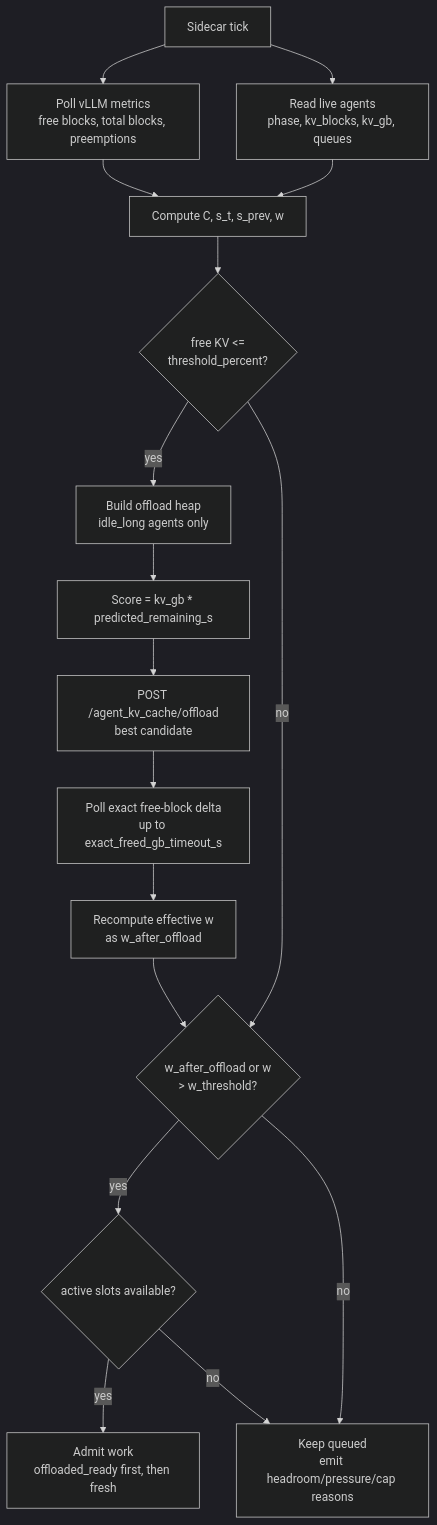
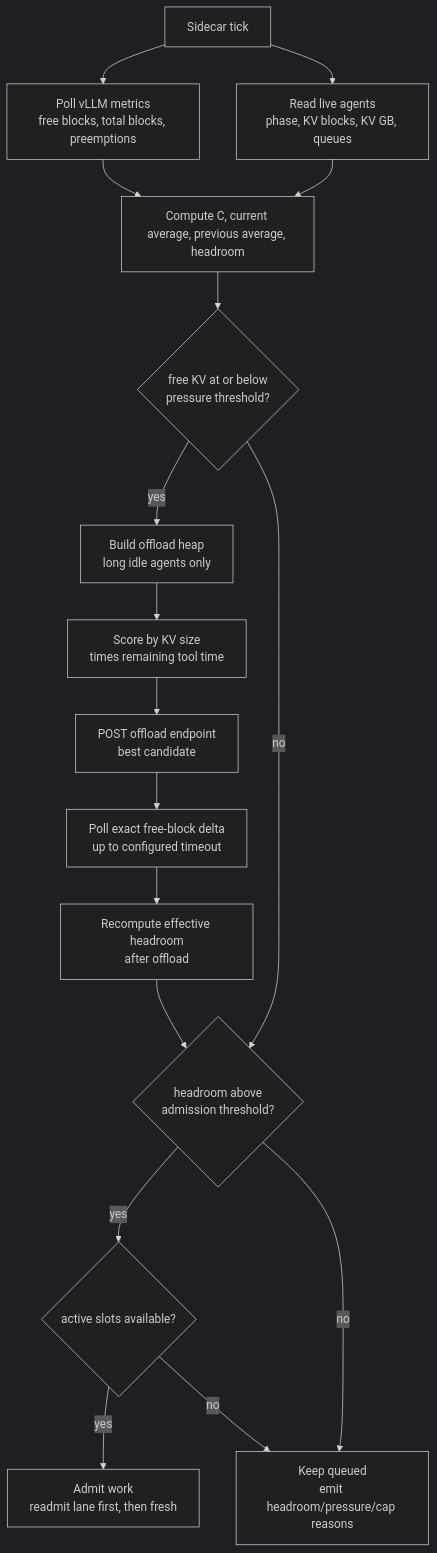
One commit to javenjwzhao-coder/agent-concurrency changed the second of 8 diagrams in docs/agent_kv_offload_architecture.md. Above: the diagram before and after it, drawn with Mermaid (dark theme). The commit also changed other lines of this file, not shown here.

Commit message:
Fix Mermaid architecture diagrams

````diff
--- a/docs/agent_kv_offload_architecture.md
+++ b/docs/agent_kv_offload_architecture.md
@@ -65,29 +65,29 @@
 ```mermaid
 flowchart TD
     tick[Sidecar tick]
     metrics[Poll vLLM metrics<br/>free blocks, total blocks, preemptions]
-    live[Read live agents<br/>phase, kv_blocks, kv_gb, queues]
-    compute[Compute C, s_t, s_prev, w]
-    pressure{free KV <=<br/>threshold_percent?}
-    heap[Build offload heap<br/>idle_long agents only]
-    score[Score = kv_gb * predicted_remaining_s]
-    offload[POST /agent_kv_cache/offload<br/>best candidate]
-    exact[Poll exact free-block delta<br/>up to exact_freed_gb_timeout_s]
-    recompute[Recompute effective w<br/>as w_after_offload]
-    gate{w_after_offload or w<br/>> w_threshold?}
+    live[Read live agents<br/>phase, KV blocks, KV GB, queues]
+    compute[Compute C, current average, previous average, headroom]
+    pressure{free KV at or below<br/>pressure threshold?}
+    heap[Build offload heap<br/>long idle agents only]
+    score[Score by KV size<br/>times remaining tool time]
+    offload[POST offload endpoint<br/>best candidate]
+    exact[Poll exact free-block delta<br/>up to configured timeout]
+    recompute[Recompute effective headroom<br/>after offload]
+    gate{headroom above<br/>admission threshold?}
     cap{active slots available?}
-    admit[Admit work<br/>offloaded_ready first, then fresh]
+    admit[Admit work<br/>readmit lane first, then fresh]
     block[Keep queued<br/>emit headroom/pressure/cap reasons]
 
     tick --> metrics
     tick --> live
     metrics --> compute
     live --> compute
     compute --> pressure
     pressure -- yes --> heap --> score --> offload --> exact --> recompute --> gate
     pressure -- no --> gate
     gate -- yes --> cap
     gate -- no --> block
     cap -- yes --> admit
     cap -- no --> block
 ```
````
